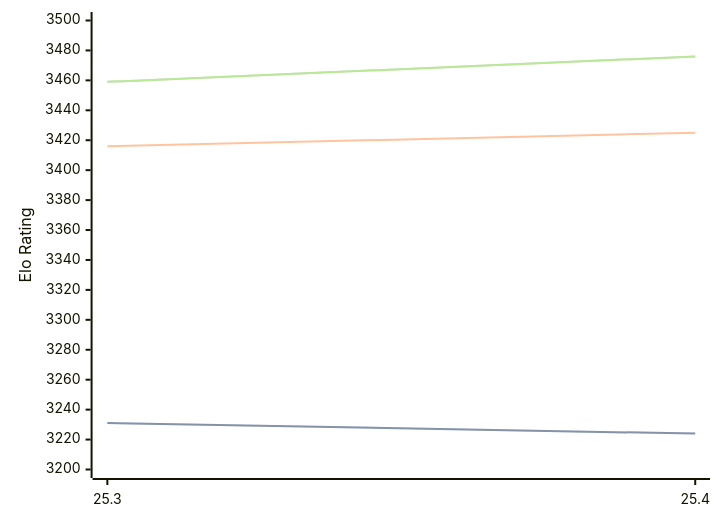
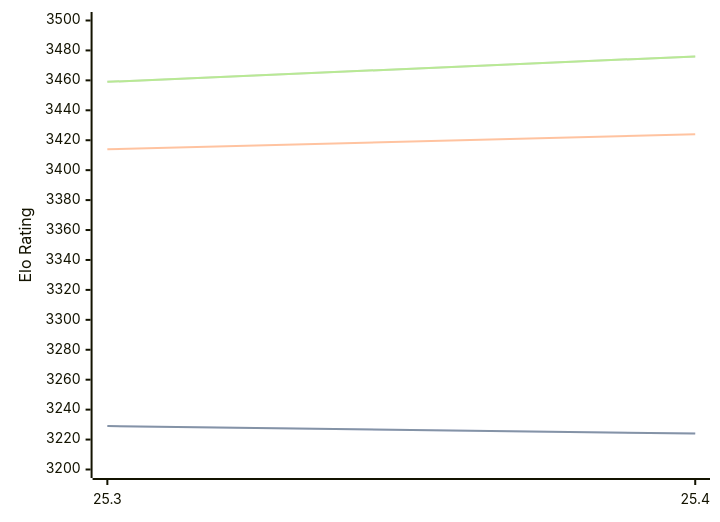
The third of 3 diagrams in engines/Arasan.md (computer-chess-index/cci), drawn with Mermaid before and after one commit. The commit also changed other lines of this file, not shown here.

````diff
--- a/engines/Arasan.md
+++ b/engines/Arasan.md
@@ -66,11 +66,11 @@
 ```mermaid
 %%{init: {"theme":"base","themeVariables":{"seriesColors:['#a3a3a3','#222221','#faa371']}}}%%
 xychart-beta
   x-axis ["25.3", "25.4"]
   y-axis "Elo Rating" 3200 --> 3500
-  line "STC (8.0+0.08s)" [3231, 3224]
-  line "STC (8.0+0.08s)" [3231, 3224]
-  line "LTC (60.0+0.60s)" [3416, 3425]
+  line "STC (8.0+0.08s)" [3229, 3224]
+  line "STC (8.0+0.08s)" [3229, 3224]
+  line "LTC (60.0+0.60s)" [3414, 3424]
   line "VLTC (2m24s+1.12s)" [3459, 3476]
   line "VLTC (2m24s+1.12s)" [3459, 3476]
 ```
````
